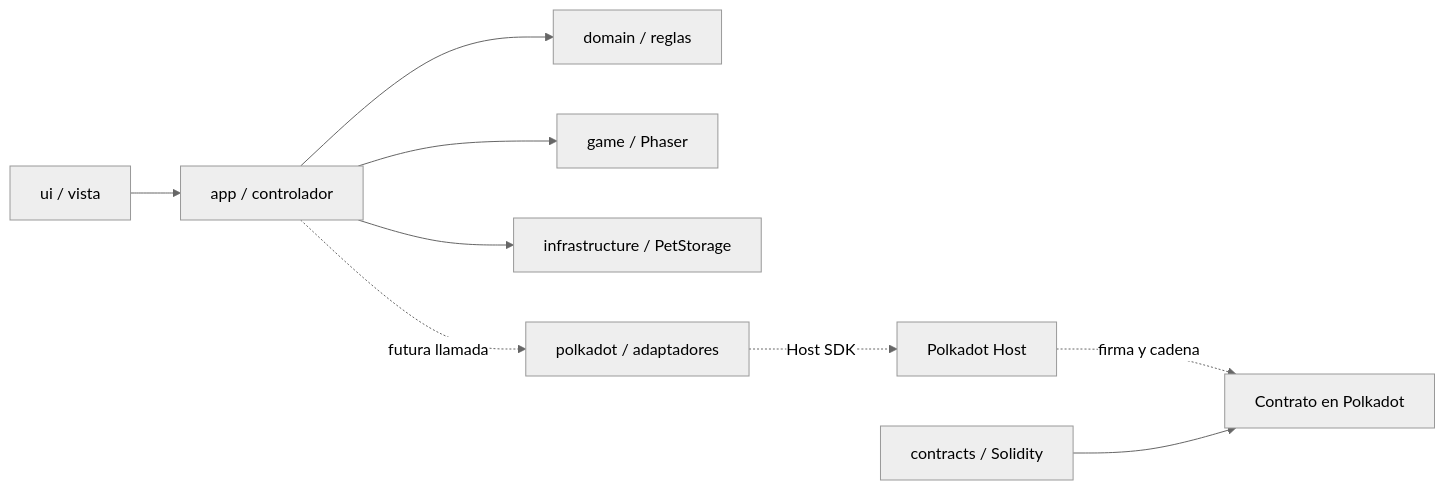
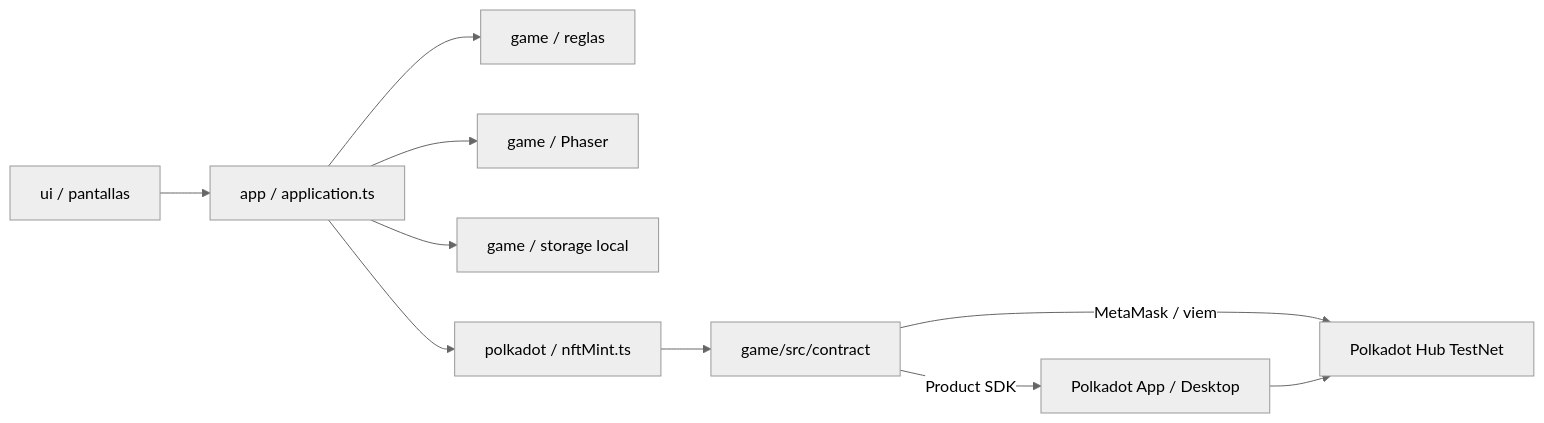
Before and after one commit to DanielR850/Polkadot_Hackaton: the first of 2 diagrams in docs/ARQUITECTURA.md, drawn with Mermaid (neutral theme). The commit also changed other lines of this file and 67 other files, not shown here.

````diff
--- a/docs/ARQUITECTURA.md
+++ b/docs/ARQUITECTURA.md
@@ -41,11 +59,12 @@
 ```mermaid
 flowchart LR
-    UI[ui / vista] --> APP[app / controlador]
-    APP --> DOMAIN[domain / reglas]
-    APP --> GAME[game / Phaser]
-    APP --> STORE[infrastructure / PetStorage]
-    APP -. futura llamada .-> PORT[polkadot / adaptadores]
-    PORT -. Host SDK .-> HOST[Polkadot Host]
-    HOST -. firma y cadena .-> CHAIN[Contrato en Polkadot]
-    CONTRACT[contracts / Solidity] --> CHAIN
+    UI[ui / pantallas] --> APP[app / application.ts]
+    APP --> RULES[game / reglas]
+    APP --> SCENE[game / Phaser]
+    APP --> STORE[game / storage local]
+    APP --> PORT[polkadot / nftMint.ts]
+    PORT --> CLIENT[game/src/contract]
+    CLIENT -- MetaMask / viem --> CHAIN[Polkadot Hub TestNet]
+    CLIENT -- Product SDK --> HOST[Polkadot App / Desktop]
+    HOST --> CHAIN
 ```
````
